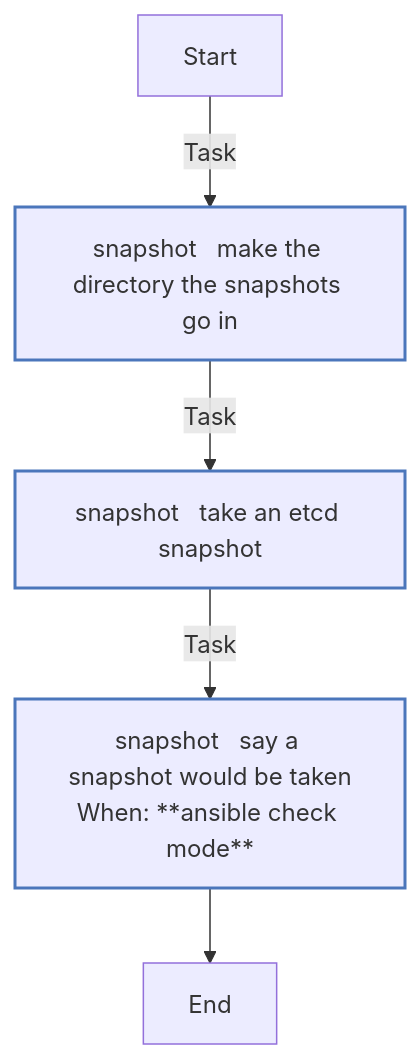
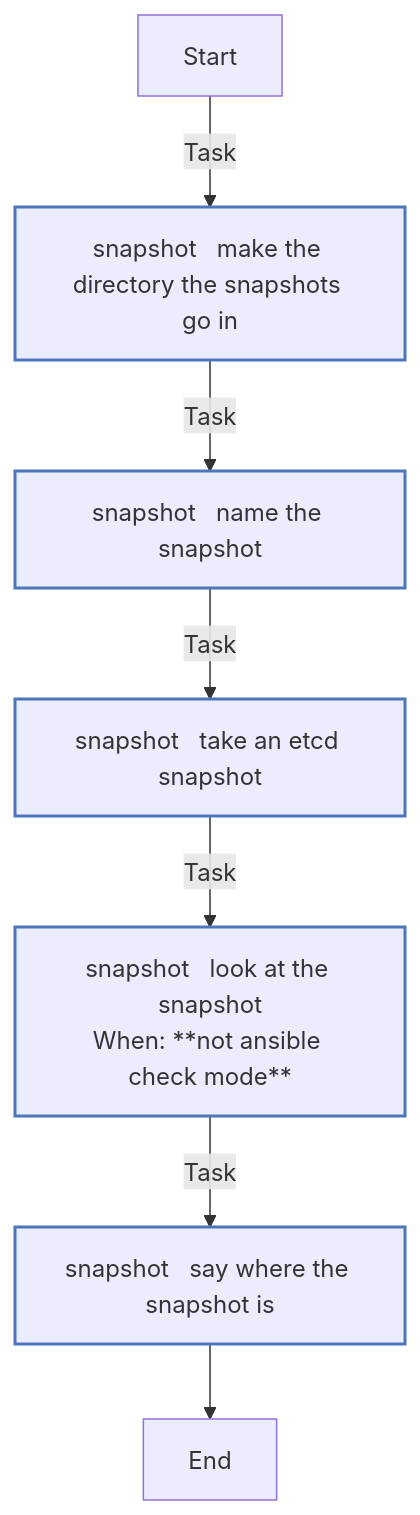
The seventh of 10 diagrams in roles/talos/REFERENCE.md (kawadeomkar/homeserver), drawn with Mermaid before and after one commit. The commit also changed other lines of this file and 10 other files, not shown here.

````diff
--- a/roles/talos/REFERENCE.md
+++ b/roles/talos/REFERENCE.md
@@ -1207,17 +1209,19 @@
 ```mermaid
 flowchart TD
 Start
 classDef block stroke:#3498db,stroke-width:2px;
 classDef task stroke:#4b76bb,stroke-width:2px;
 classDef includeTasks stroke:#16a085,stroke-width:2px;
 classDef importTasks stroke:#34495e,stroke-width:2px;
 classDef includeRole stroke:#2980b9,stroke-width:2px;
 classDef importRole stroke:#699ba7,stroke-width:2px;
 classDef includeVars stroke:#8e44ad,stroke-width:2px;
 classDef rescue stroke:#665352,stroke-width:2px;
 
   Start-->|Task| snapshot___Make_the_directory_the_snapshots_go_in0[snapshot   make the directory the snapshots go in]:::task
-  snapshot___Make_the_directory_the_snapshots_go_in0-->|Task| snapshot___Take_an_etcd_snapshot1[snapshot   take an etcd snapshot]:::task
-  snapshot___Take_an_etcd_snapshot1-->|Task| snapshot___Say_a_snapshot_would_be_taken2[snapshot   say a snapshot would be taken<br>When: **ansible check mode**]:::task
-  snapshot___Say_a_snapshot_would_be_taken2-->End
+  snapshot___Make_the_directory_the_snapshots_go_in0-->|Task| snapshot___Name_the_snapshot1[snapshot   name the snapshot]:::task
+  snapshot___Name_the_snapshot1-->|Task| snapshot___Take_an_etcd_snapshot2[snapshot   take an etcd snapshot]:::task
+  snapshot___Take_an_etcd_snapshot2-->|Task| snapshot___Look_at_the_snapshot3[snapshot   look at the snapshot<br>When: **not ansible check mode**]:::task
+  snapshot___Look_at_the_snapshot3-->|Task| snapshot___Say_where_the_snapshot_is4[snapshot   say where the snapshot is]:::task
+  snapshot___Say_where_the_snapshot_is4-->End
 ```
````
